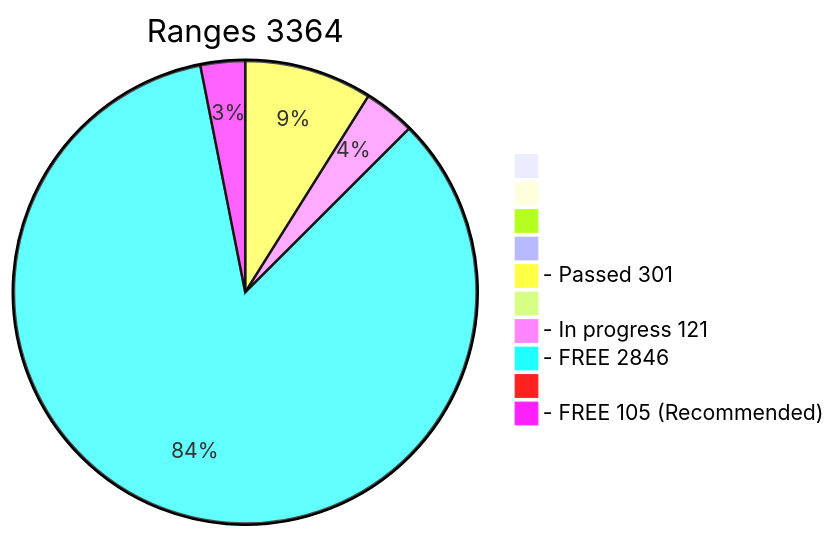
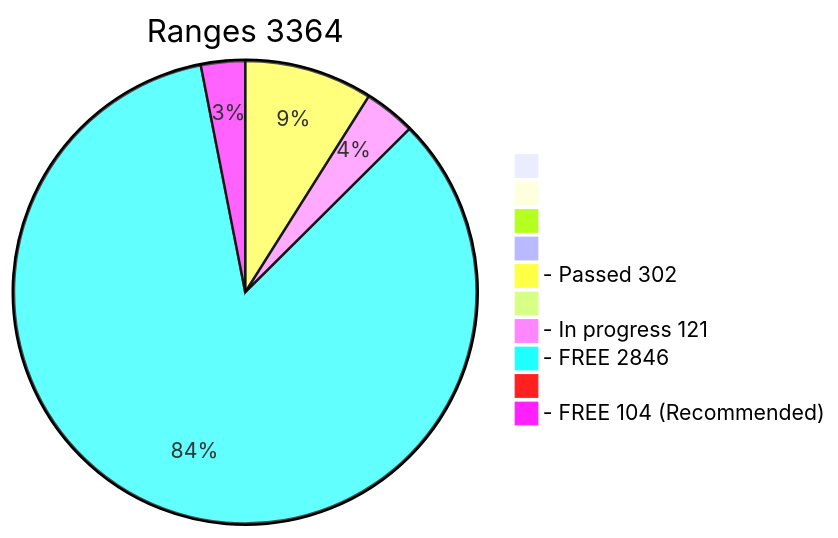
One commit to phrutis/wif500 changed the diagram in x64/Release/table.md. Above: the diagram before and after it, drawn with Mermaid. The commit also changed other lines of this file, not shown here.

````diff
--- a/x64/Release/table.md
+++ b/x64/Release/table.md
@@ -2,13 +2,13 @@
 ```mermaid
 pie title Ranges 3364
   " " : 0
   "  " : 0
   "   " : 0
   "    " : 0
-  "- Passed 301" : 301
+  "- Passed 302" : 302
   "     " : 0
   "- In progress 121" : 121
   "- FREE 2846" : 2846
   "      " : 0
-  "- FREE 105 (Recommended)" : 105
+  "- FREE 104 (Recommended)" : 104
 ```
````
